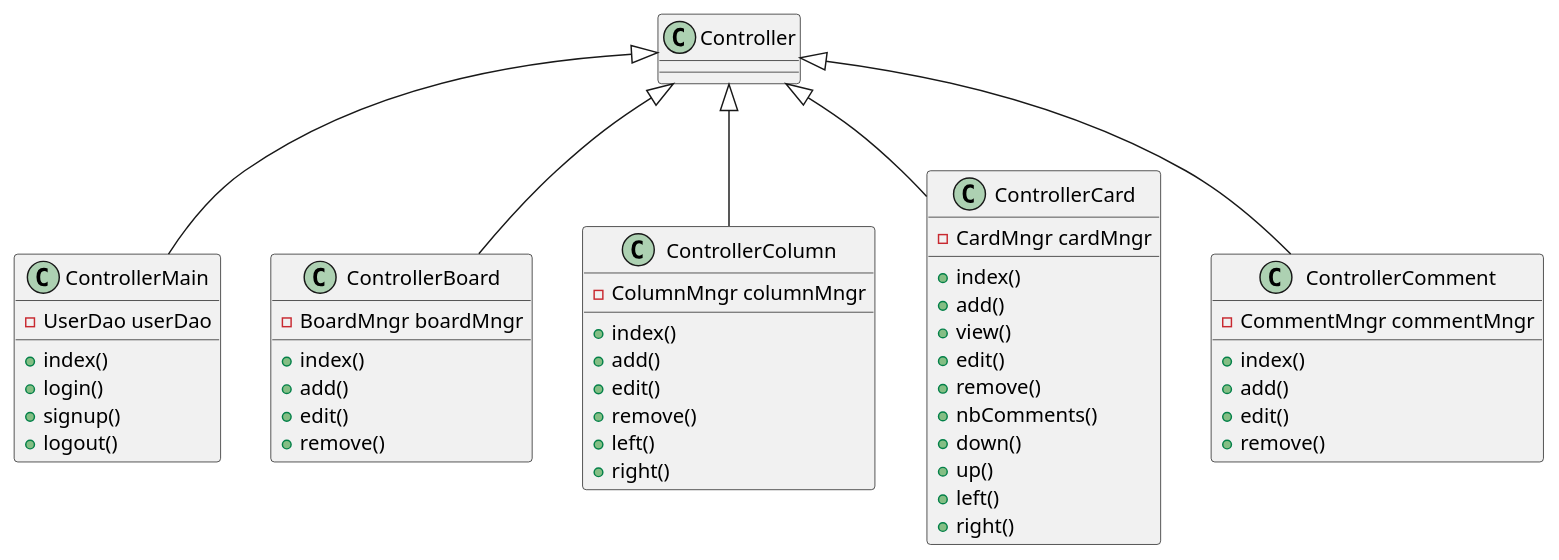
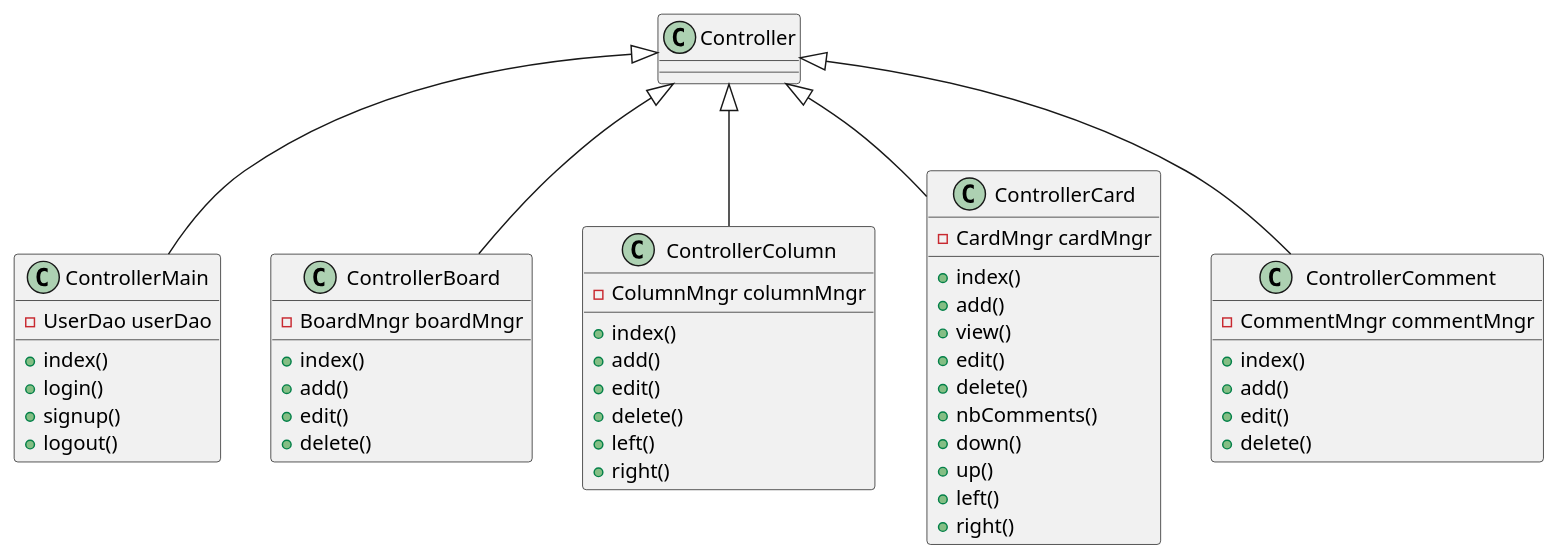
The third of 3 diagrams in analyse/Diagrammes-V3.md (etic4/mini-trello-php), drawn with PlantUML before and after one commit. The commit also changed other lines of this file and 5 other files, not shown here.

````diff
--- a/analyse/Diagrammes-V3.md
+++ b/analyse/Diagrammes-V3.md
@@ -196,58 +196,58 @@
 ```plantuml
 @startuml
 Controller <|-- ControllerMain
 Controller <|-- ControllerBoard
 Controller <|-- ControllerColumn
 Controller <|-- ControllerCard
 Controller <|-- ControllerComment
 
 class ControllerMain {
     - UserDao userDao
     + index()
     + login()
     + signup()
     + logout()
 }
 
 class ControllerBoard {
     - BoardMngr boardMngr
     + index()
     + add()
     + edit()
-    + remove()
+    + delete()
 }
 
 class ControllerColumn {
     - ColumnMngr columnMngr
     + index()
     + add()
     + edit()
-    + remove()
+    + delete()
     + left()
     + right()
 }
 
 class ControllerCard {
     - CardMngr cardMngr
     + index()
     + add()
     + view()
     + edit()
-    + remove()
+    + delete()
     + nbComments()
     + down()
     + up()
     + left()
     + right()
 }
 
 class ControllerComment {
     - CommentMngr commentMngr
     + index()
     + add()
     + edit()
-    + remove()
+    + delete()
 }
 
 @enduml
 ```
````
